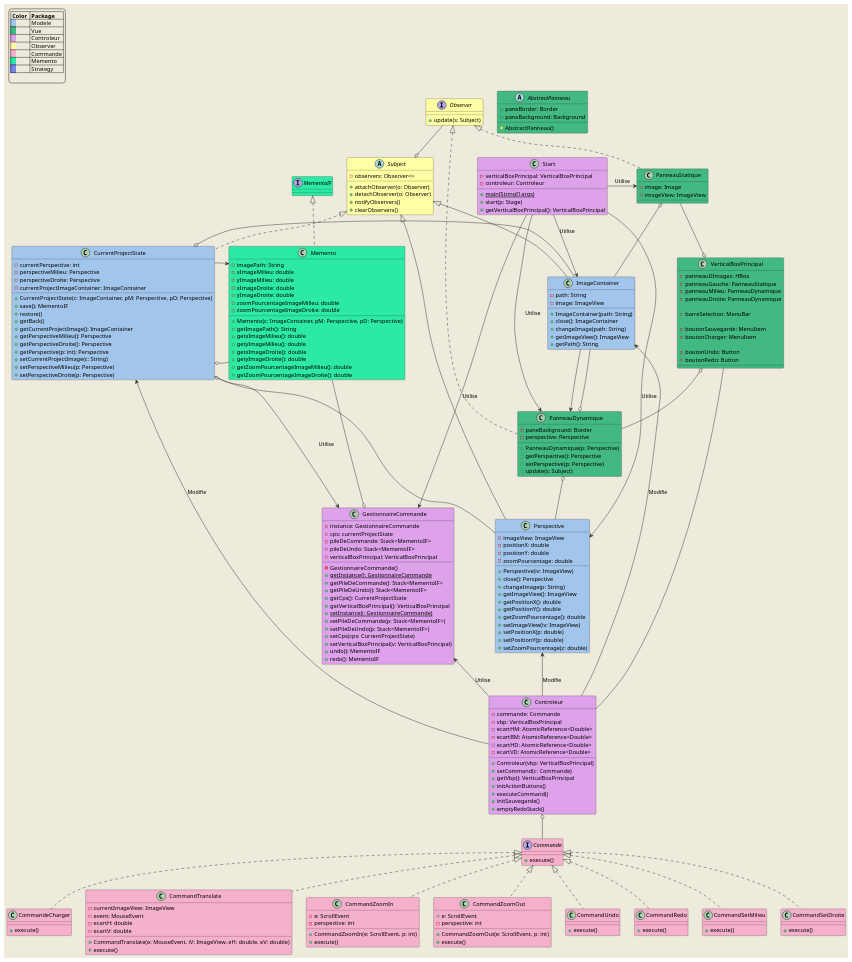
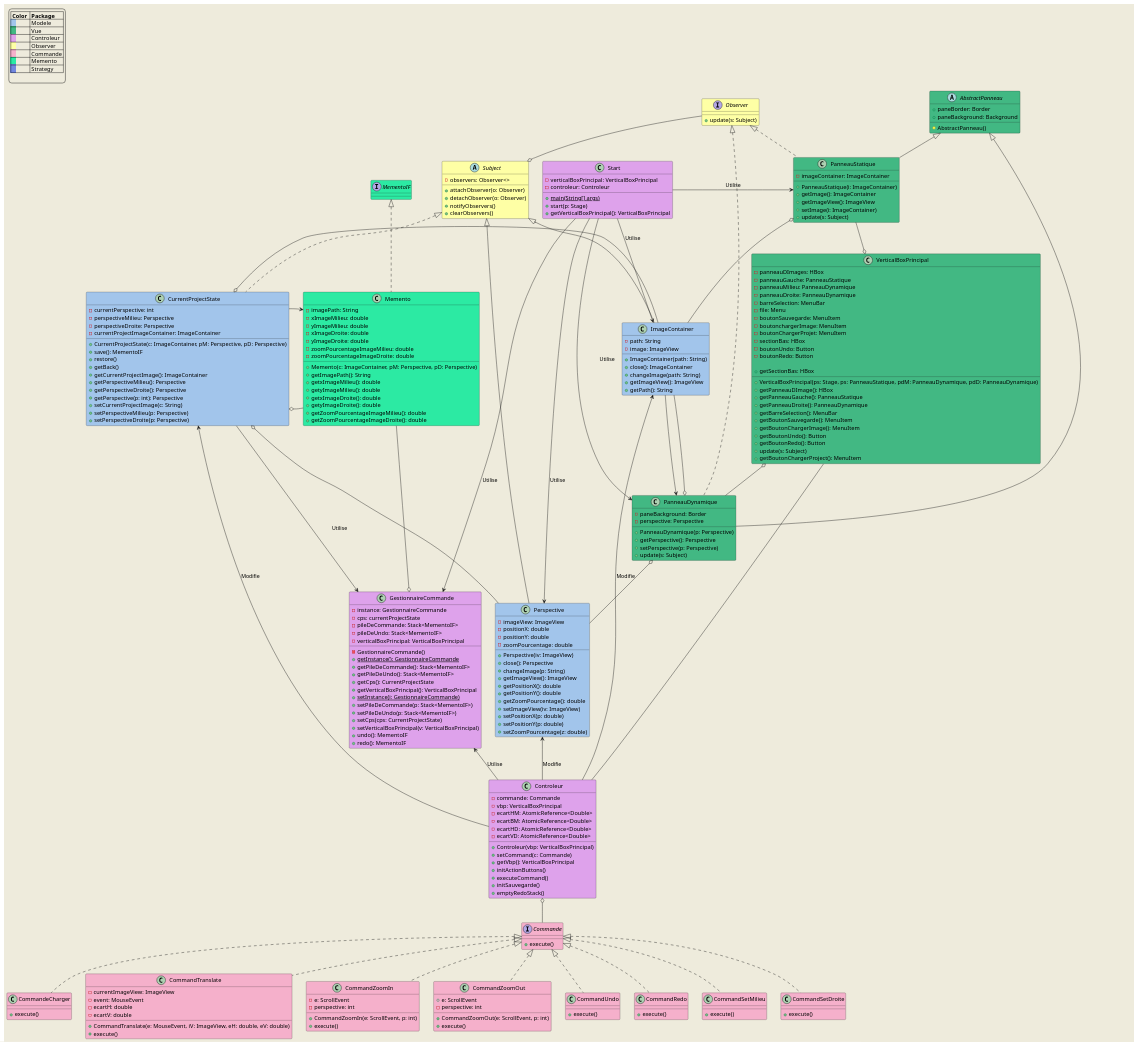
Before and after one commit to VelaSam/PerspectivePro: the diagram in src/diagrammes/diagramme_de_classe_global.puml, drawn with PlantUML. The commit also changed 1 other file, not shown here.

Commit message:
Diagramme de classes updated part II

```diff
--- a/src/diagrammes/diagramme_de_classe_global.puml
+++ b/src/diagrammes/diagramme_de_classe_global.puml
@@ -229,29 +229,44 @@
     }
 
     class VerticalBoxPrincipal #42b883 {
-
         -panneauDImages: HBox
         -panneauGauche: PanneauStatique
         -panneauMilieu: PanneauDynamique
         -panneauDroite: PanneauDynamique
-
         -barreSelection: MenuBar
-
+        -file: Menu
         -boutonSauvegarde: MenuItem
-        -boutonCharger: MenuItem
-
+        -boutonchargerImage: MenuItem
+        -boutonChargerProjet: MenuItem
+        -sectionBas: HBox
         -boutonUndo: Button
         -boutonRedo: Button
 
+        +VerticalBoxPrincipal(ps: Stage, ps: PanneauStatique, pdM: PanneauDynamique, pdD: PanneauDynamique)
+        +getPanneauDImage(): HBox
+        +getPanneauGauche(): PanneauStatique
+        +getPanneauDroite(): PanneauDynamique
+        +getBarreSelection(): MenuBar
+        +getBoutonSauvegarde(): MenuItem
+        +getBoutonChargerImage(): MenuItem
+        +getSectionBas: HBox
+        +getBoutonUndo(): Button
+        +getBoutonRedo(): Button
+        +update(s: Subject)
+        +getBoutonChargerProject(): MenuItem
     }
 
-    class PanneauStatique #42b883 implements Observer{
+    class PanneauStatique #42b883 extends AbstractPanneau implements Observer{
+        -imageContainer: ImageContainer
 
-        -image: Image
-        -imageView: ImageView
+        +PanneauStatique(i: ImageContainer)
+        +getImage(): ImageContainer
+        +getImageView(): ImageView
+        +setImage(i: ImageContainer)
+        +update(s: Subject)
     }
 
-    class PanneauDynamique #42b883 implements Observer{
+    class PanneauDynamique #42b883 extends AbstractPanneau implements Observer{
         -paneBackground: Border
         -perspective: Perspective
 
@@ -261,7 +276,6 @@
         +update(s: Subject)
     }
     '-------------VUE--------------'
-
 
    Observer -o Subject
    Controleur -l-> GestionnaireCommande : Utilise
@@ -297,4 +311,10 @@
    CurrentProjectState --> GestionnaireCommande : Utilise
 
 
+
+
+
+
+
+
 @enduml
```
